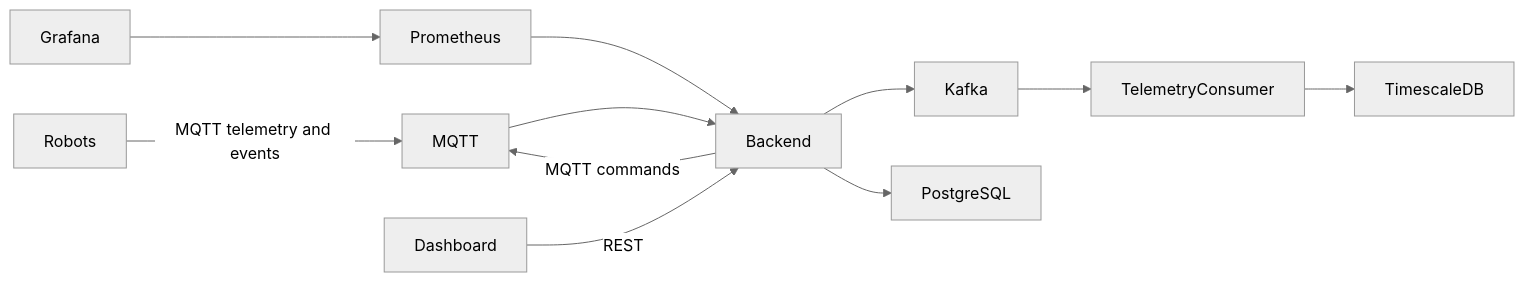
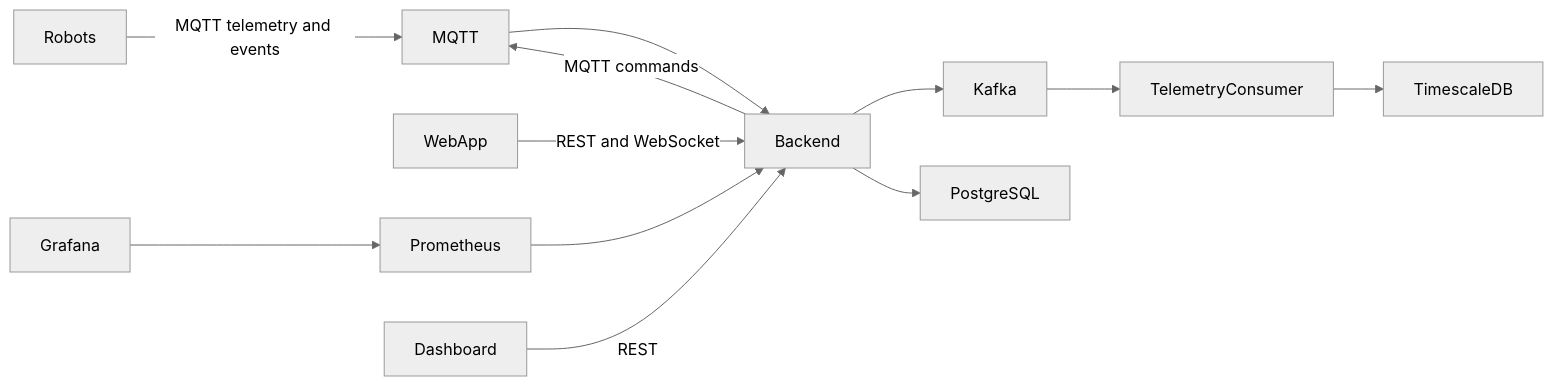
The diagram in Plan.md (satr/robot-fleet), drawn with Mermaid (neutral theme) before and after one commit. The commit also changed other lines of this file and 20 other files, not shown here.

````diff
--- a/Plan.md
+++ b/Plan.md
@@ -529,13 +596,14 @@
 ```mermaid
 flowchart LR
     Robots -->|MQTT telemetry and events| MQTT
     Backend -->|MQTT commands| MQTT
     MQTT --> Backend
     Backend --> Kafka
     Backend --> PostgreSQL
     Kafka --> TelemetryConsumer
     TelemetryConsumer --> TimescaleDB
+    WebApp -->|REST and WebSocket| Backend
     Prometheus --> Backend
     Grafana --> Prometheus
     Dashboard -->|REST| Backend
 ```
````
